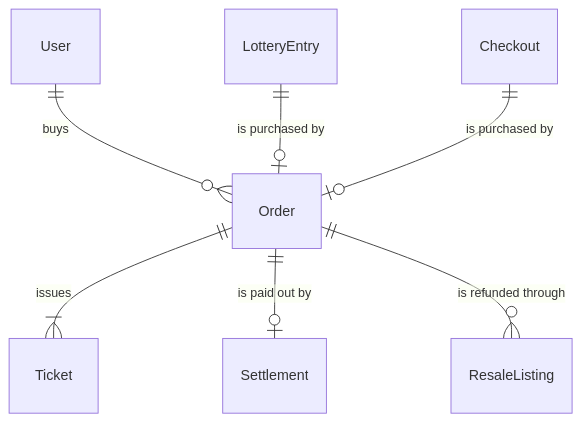
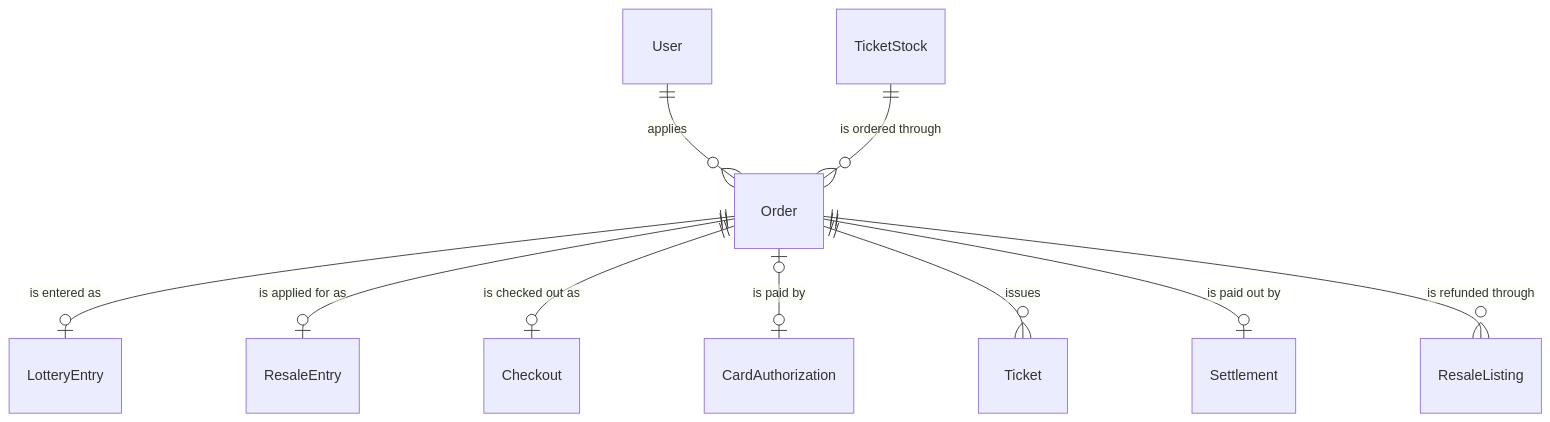
One commit to liverty-music/specification changed the first of 2 diagrams in openspec/specs/components/entity/order/spec.md. Above: the diagram before and after it, drawn with Mermaid. The commit also changed other lines of this file and 18 other files, not shown here.

````diff
--- a/openspec/specs/components/entity/order/spec.md
+++ b/openspec/specs/components/entity/order/spec.md
@@ -24,9 +27,12 @@
 ```mermaid
 erDiagram
-  User ||--o{ Order : "buys"
-  LotteryEntry ||--o| Order : "is purchased by"
-  Checkout ||--o| Order : "is purchased by"
-  Order ||--|{ Ticket : "issues"
+  User ||--o{ Order : "applies"
+  TicketStock ||--o{ Order : "is ordered through"
+  Order ||--o| LotteryEntry : "is entered as"
+  Order ||--o| ResaleEntry : "is applied for as"
+  Order ||--o| Checkout : "is checked out as"
+  Order |o--o| CardAuthorization : "is paid by"
+  Order ||--o{ Ticket : "issues"
   Order ||--o| Settlement : "is paid out by"
   Order ||--o{ ResaleListing : "is refunded through"
 ```
````
